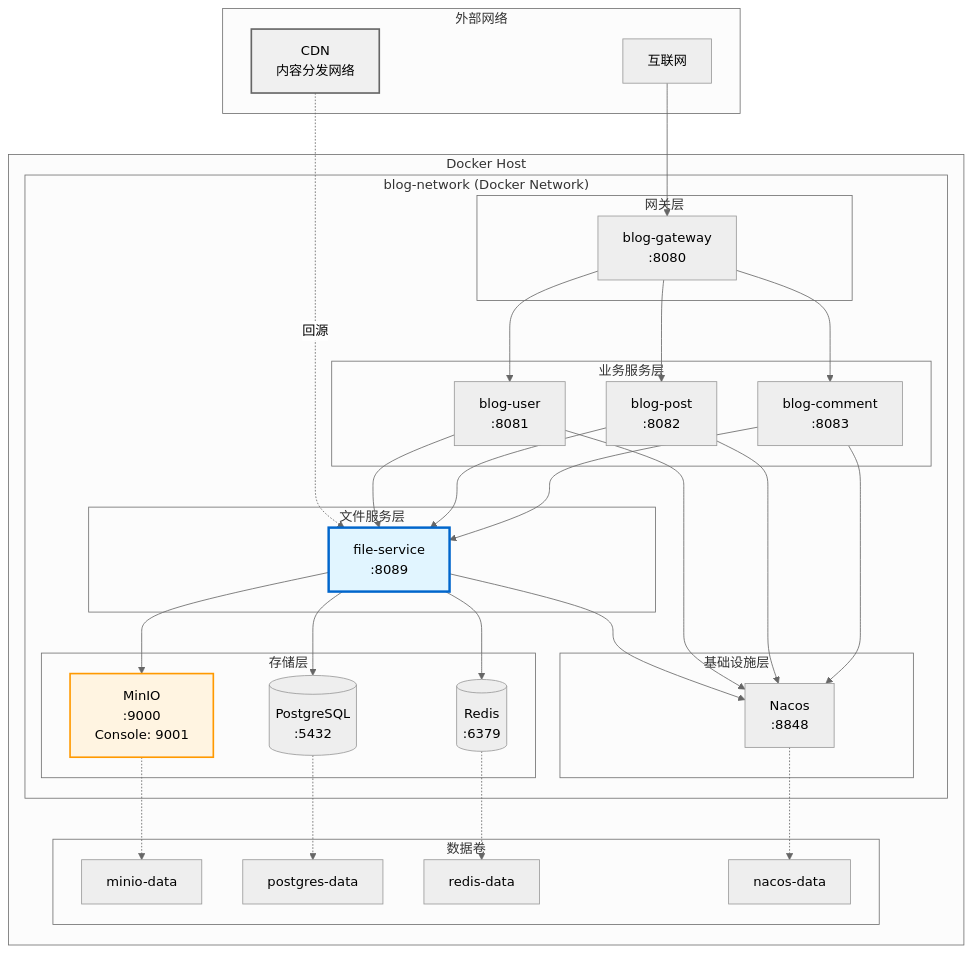
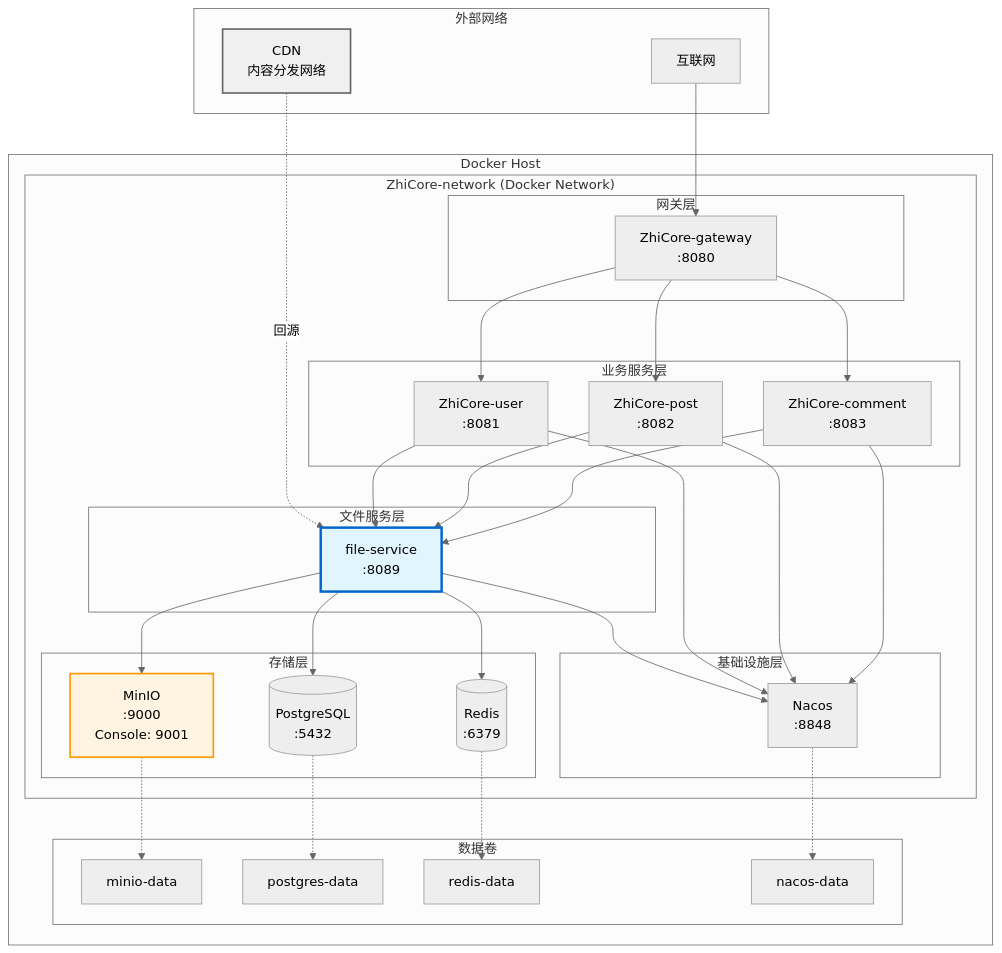
Before and after one commit to architectcgz/zhicore: the first of 5 diagrams in docs/deployment/file-service-deployment.md, drawn with Mermaid (neutral theme). The commit also changed other lines of this file and 1789 other files, not shown here.

````diff
--- a/docs/deployment/file-service-deployment.md
+++ b/docs/deployment/file-service-deployment.md
@@ -11,71 +11,71 @@
 ```mermaid
 graph TB
     subgraph "外部网络"
         Internet[互联网]
         CDN[CDN<br/>内容分发网络]
     end
     
     subgraph "Docker Host"
-        subgraph "blog-network (Docker Network)"
+        subgraph "ZhiCore-network (Docker Network)"
             subgraph "网关层"
-                Gateway[blog-gateway<br/>:8080]
+                Gateway[ZhiCore-gateway<br/>:8080]
             end
             
             subgraph "业务服务层"
-                UserService[blog-user<br/>:8081]
-                PostService[blog-post<br/>:8082]
-                CommentService[blog-comment<br/>:8083]
+                UserService[ZhiCore-user<br/>:8081]
+                PostService[ZhiCore-post<br/>:8082]
+                CommentService[ZhiCore-comment<br/>:8083]
             end
             
             subgraph "文件服务层"
                 FileService[file-service<br/>:8089]
             end
             
             subgraph "存储层"
                 MinIO[MinIO<br/>:9000<br/>Console: 9001]
                 PostgreSQL[(PostgreSQL<br/>:5432)]
                 Redis[(Redis<br/>:6379)]
             end
             
             subgraph "基础设施层"
                 Nacos[Nacos<br/>:8848]
             end
         end
         
         subgraph "数据卷"
             MinIOData[minio-data]
             PostgreSQLData[postgres-data]
             RedisData[redis-data]
             NacosData[nacos-data]
         end
     end
     
     Internet --> Gateway
     CDN -.回源.-> FileService
     
     Gateway --> UserService
     Gateway --> PostService
     Gateway --> CommentService
     
     UserService --> FileService
     PostService --> FileService
     CommentService --> FileService
     
     FileService --> MinIO
     FileService --> PostgreSQL
     FileService --> Redis
     FileService --> Nacos
     
     UserService --> Nacos
     PostService --> Nacos
     CommentService --> Nacos
     
     MinIO -.-> MinIOData
     PostgreSQL -.-> PostgreSQLData
     Redis -.-> RedisData
     Nacos -.-> NacosData
     
     style FileService fill:#e1f5ff,stroke:#0066cc,stroke-width:3px
     style MinIO fill:#fff4e1,stroke:#ff9900,stroke-width:2px
     style CDN fill:#f0f0f0,stroke:#666666,stroke-width:2px
 ```
````
